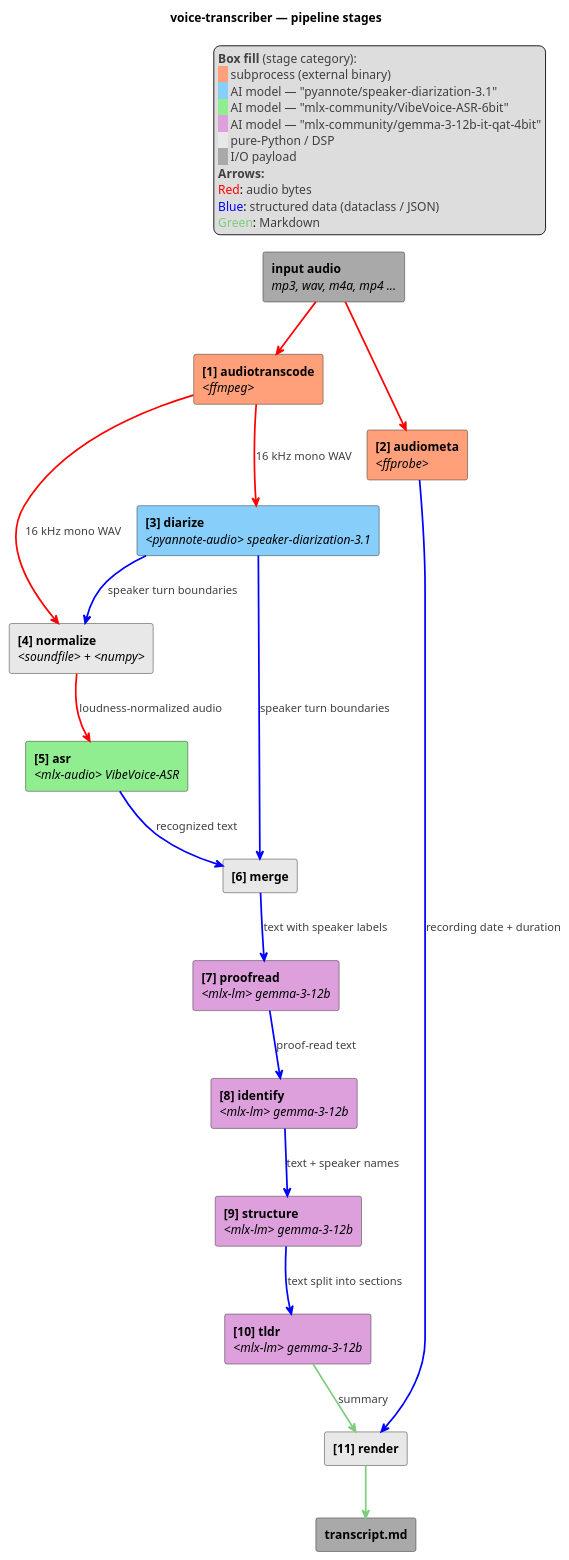
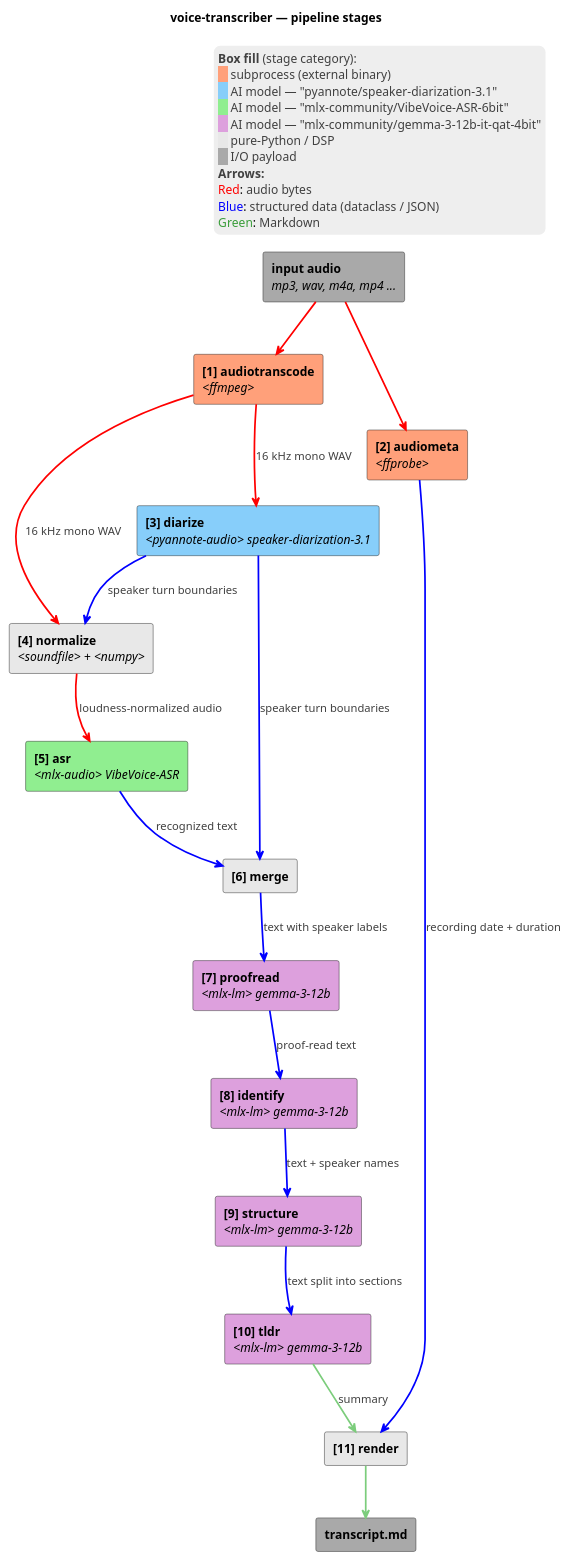
The second of 2 diagrams in docs/architecture.md (artem-from-ua/voice-transcriber), drawn with PlantUML before and after one commit. The commit also changed other lines of this file, not shown here.

Commit message:
Style the architecture-diagram legend block (#66)
Three tweaks to the legend in the pipeline-stages PlantUML:

- Border removed (skinparam legendBorderColor transparent).
- Background a light grey (#EEEEEE) so it visually settles as
  metadata, not as another stage box.
- Legend swatch for "Green" arrows uses a darker shade (#3A9D3A) so it
  reads cleanly on the new grey background — the actual arrow colour
  on the diagram body is unchanged.

````diff
--- a/docs/architecture.md
+++ b/docs/architecture.md
@@ -63,56 +63,58 @@
 ```plantuml
 @startuml
 title voice-transcriber — pipeline stages
 skinparam componentStyle rectangle
 skinparam ArrowThickness 2
+skinparam legendBorderColor transparent
+skinparam legendBackgroundColor #EEEEEE
 
 [<b>input audio</b>\n<i>mp3, wav, m4a, mp4 ...</i>] as Input #A9A9A9
 [<b>transcript.md</b>] as Output #A9A9A9
 
 component "<b>[1] audiotranscode</b>\n<i><ffmpeg></i>" as WAV #FFA07A
 component "<b>[2] audiometa</b>\n<i><ffprobe></i>" as FF #FFA07A
 component "<b>[3] diarize</b>\n<i><pyannote-audio> speaker-diarization-3.1</i>" as Diar #87CEFA
 component "<b>[4] normalize</b>\n<i><soundfile> + <numpy></i>" as Norm #E8E8E8
 component "<b>[5] asr</b>\n<i><mlx-audio> VibeVoice-ASR</i>" as ASR #90EE90
 component "<b>[6] merge</b>" as Merge #E8E8E8
 component "<b>[7] proofread</b>\n<i><mlx-lm> gemma-3-12b</i>" as Post #DDA0DD
 component "<b>[8] identify</b>\n<i><mlx-lm> gemma-3-12b</i>" as Ident #DDA0DD
 component "<b>[9] structure</b>\n<i><mlx-lm> gemma-3-12b</i>" as Struct #DDA0DD
 component "<b>[10] tldr</b>\n<i><mlx-lm> gemma-3-12b</i>" as TLDR #DDA0DD
 component "<b>[11] render</b>" as Render #E8E8E8
 
 Input -[#red]-> FF
 Input -[#red]-> WAV
 
 WAV -[#red]-> Diar : <color:#404040>16 kHz mono WAV</color>
 WAV -[#red]-> Norm : <color:#404040>16 kHz mono WAV</color>
 Diar -[#blue]-> Norm : <color:#404040>speaker turn boundaries</color>
 Norm -[#red]-> ASR : <color:#404040>loudness-normalized audio</color>
 
 ASR -[#blue]-> Merge : <color:#404040>recognized text</color>
 Diar -[#blue]-> Merge : <color:#404040>speaker turn boundaries</color>
 
 Merge -[#blue]-> Post : <color:#404040>text with speaker labels</color>
 Post -[#blue]-> Ident : <color:#404040>proof-read text</color>
 Ident -[#blue]-> Struct : <color:#404040>text + speaker names</color>
 Struct -[#blue]-> TLDR : <color:#404040>text split into sections</color>
 
 FF -[#blue]-> Render : <color:#404040>recording date + duration</color>
 TLDR -[#7CCD7C]-> Render : <color:#404040>summary</color>
 Render -[#7CCD7C]-> Output
 
 legend top right
   <color:#404040>**Box fill** (stage category):</color>
   <back:#FFA07A>   </back> <color:#404040>subprocess (external binary)</color>
   <back:#87CEFA>   </back> <color:#404040>AI model — "pyannote/speaker-diarization-3.1"</color>
   <back:#90EE90>   </back> <color:#404040>AI model — "mlx-community/VibeVoice-ASR-6bit"</color>
   <back:#DDA0DD>   </back> <color:#404040>AI model — "mlx-community/gemma-3-12b-it-qat-4bit"</color>
   <back:#E8E8E8>   </back> <color:#404040>pure-Python / DSP</color>
   <back:#A9A9A9>   </back> <color:#404040>I/O payload</color>
   <color:#404040>**Arrows:**</color>
   <color:red>Red</color>: <color:#404040>audio bytes</color>
   <color:blue>Blue</color>: <color:#404040>structured data (dataclass / JSON)</color>
-  <color:#7CCD7C>Green</color>: <color:#404040>Markdown</color>
+  <color:#3A9D3A>Green</color>: <color:#404040>Markdown</color>
 end legend
 @enduml
 ```
````
